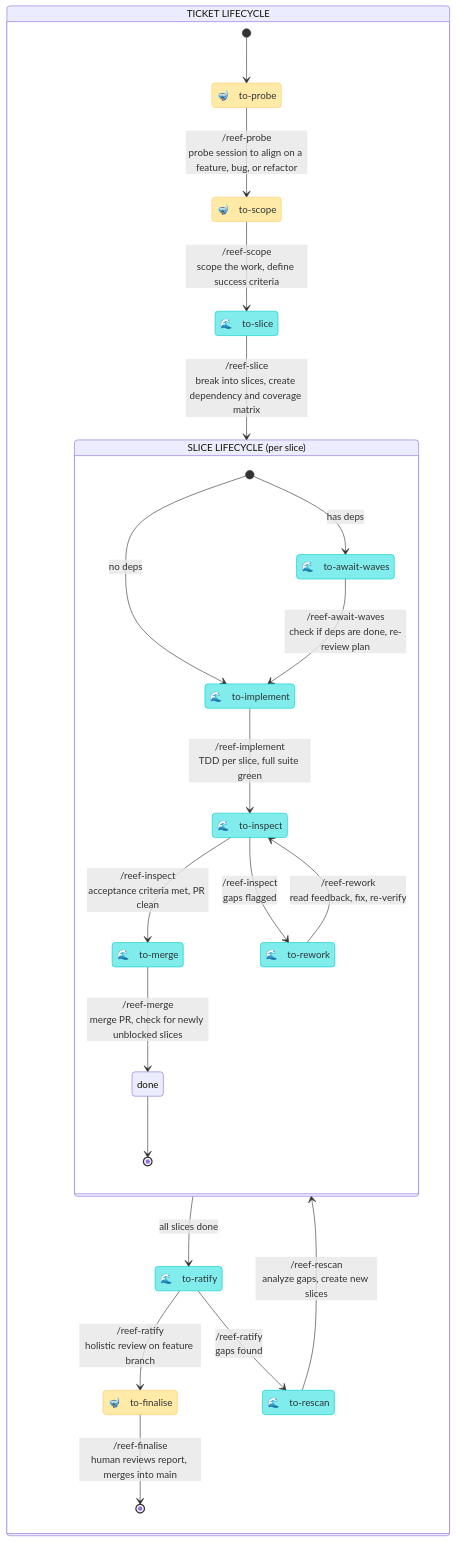
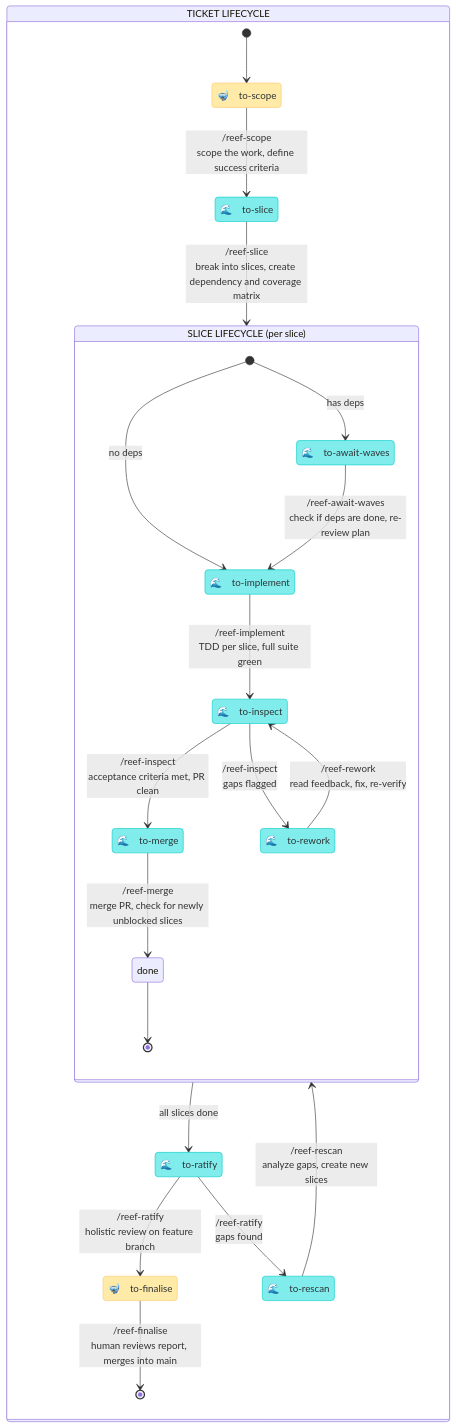
One commit to mesqueeb/moonjelly-reef changed the diagram in README.md. Above: the diagram before and after it, drawn with Mermaid. The commit also changed other lines of this file and 15 other files, not shown here.

First line of the commit message:
refactor: remove reef-probe, simplify scope pipeline, align with upstream skills

````diff
--- a/README.md
+++ b/README.md
@@ -30,50 +30,48 @@
 ```mermaid
 stateDiagram-v2
     direction TB
 
     classDef human fill:#ffeaa7,stroke:#fdcb6e,color:#2d3436
     classDef agent fill:#81ecec,stroke:#00cec9,color:#2d3436
 
     state "TICKET LIFECYCLE" as work {
 
-        state "🤿　to-probe" as to_probe
         state "🤿　to-scope" as to_scope
         state "🌊　to-slice" as to_slice
         state "🌊　to-ratify" as to_ratify
         state "🌊　to-rescan" as gaps_to_rescan
         state "🤿　to-finalise" as to_finalise
 
-        [*] --> to_probe
-        to_probe --> to_scope : /reef-probe<br />probe session to align on a feature, bug, or refactor
+        [*] --> to_scope
         to_scope --> to_slice : /reef-scope<br />scope the work, define success criteria
         to_slice --> slice_lifecycle : /reef-slice<br />break into slices, create dependency and coverage matrix
         slice_lifecycle --> to_ratify : all slices done
         to_ratify --> to_finalise : /reef-ratify<br />holistic review on feature branch
         to_ratify --> gaps_to_rescan : /reef-ratify<br />gaps found
         gaps_to_rescan --> slice_lifecycle : /reef-rescan<br />analyze gaps, create new slices
         to_finalise --> [*] : /reef-finalise<br />human reviews report, merges into main
     }
 
     state "SLICE LIFECYCLE (per slice)" as slice_lifecycle {
 
         state "🌊　to-await-waves" as to_await
         state "🌊　to-implement" as to_implement
         state "🌊　to-inspect" as to_inspect
         state "🌊　to-rework" as needs_rework
         state "🌊　to-merge" as to_merge
         state "done" as slice_done
 
         [*] --> to_implement : no deps
         [*] --> to_await : has deps
         to_await --> to_implement : /reef-await-waves<br />check if deps are done, re-review plan
         to_implement --> to_inspect : /reef-implement<br />TDD per slice, full suite green
         to_inspect --> to_merge : /reef-inspect<br />acceptance criteria met, PR clean
         to_inspect --> needs_rework : /reef-inspect<br />gaps flagged
         needs_rework --> to_inspect : /reef-rework<br />read feedback, fix, re-verify
         to_merge --> slice_done : /reef-merge<br />merge PR, check for newly unblocked slices
         slice_done --> [*]
     }
 
-    class to_probe,to_scope,to_finalise human
+    class to_scope,to_finalise human
     class to_slice,to_ratify,gaps_to_rescan,to_await,to_implement,to_inspect,needs_rework,to_merge agent
 ```
````
